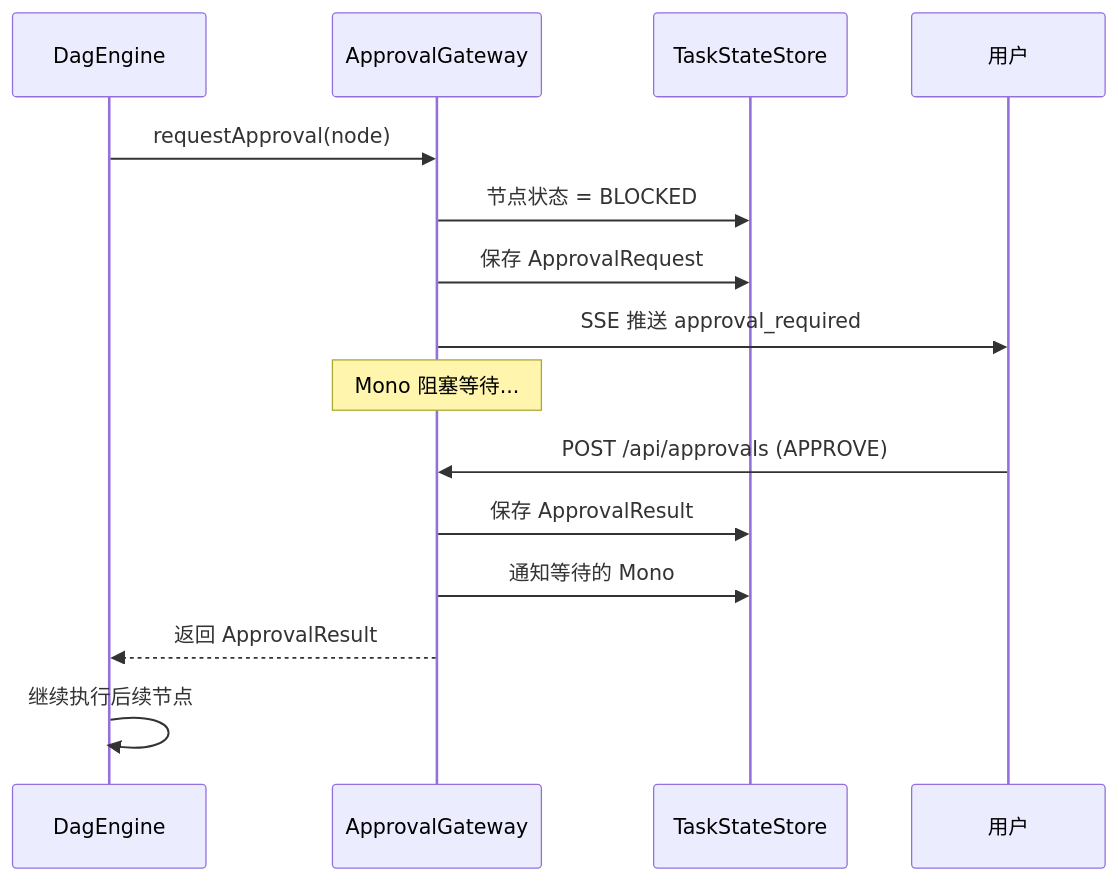
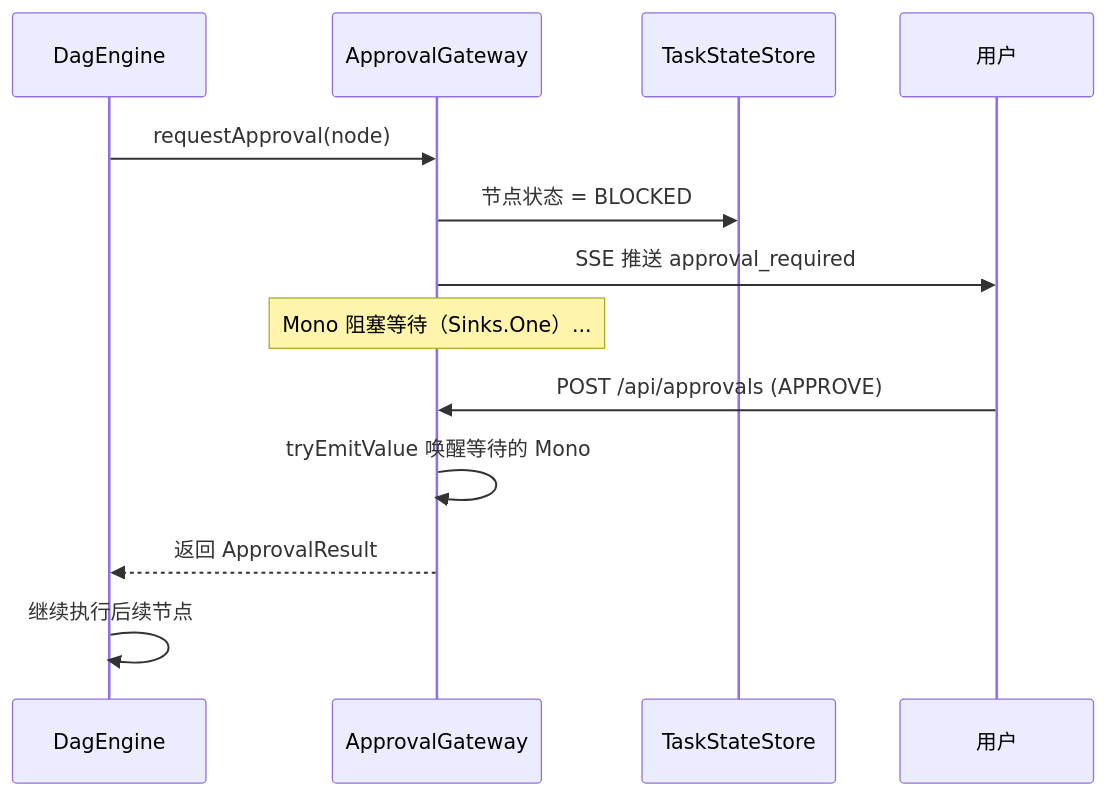
Before and after one commit to UranusGit/java-agent-learn: the seventh of 12 diagrams in docs/项目/02-多Agent协作平台/05-核心代码讲解.md, drawn with Mermaid. The commit also changed other lines of this file and 206 other files, not shown here.

````diff
--- a/docs/项目/02-多Agent协作平台/05-核心代码讲解.md
+++ b/docs/项目/02-多Agent协作平台/05-核心代码讲解.md
@@ -456,20 +598,18 @@
 ```mermaid
 sequenceDiagram
     participant DE as DagEngine
     participant AG as ApprovalGateway
     participant TS as TaskStateStore
     participant U as 用户
 
     DE->>AG: requestApproval(node)
     AG->>TS: 节点状态 = BLOCKED
-    AG->>TS: 保存 ApprovalRequest
     AG->>U: SSE 推送 approval_required
 
-    Note over AG: Mono 阻塞等待...
+    Note over AG: Mono 阻塞等待（Sinks.One）...
 
     U->>AG: POST /api/approvals (APPROVE)
-    AG->>TS: 保存 ApprovalResult
-    AG->>TS: 通知等待的 Mono
+    AG->>AG: tryEmitValue 唤醒等待的 Mono
     AG-->>DE: 返回 ApprovalResult
     DE->>DE: 继续执行后续节点
 ```
````
